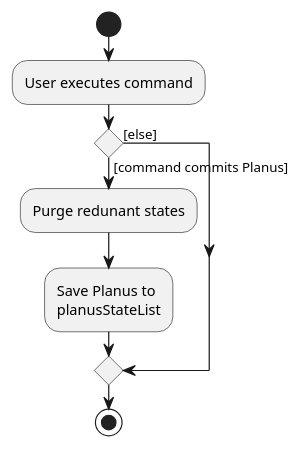
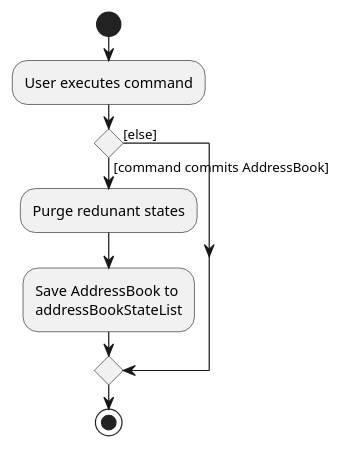
One commit to AY2021S1-CS2103-T12-3/tp changed the diagram in docs/diagrams/CommitActivityDiagram.puml. Above: the diagram before and after it, drawn with PlantUML. The commit also changed 36 other files, not shown here.

```diff
--- a/docs/diagrams/CommitActivityDiagram.puml
+++ b/docs/diagrams/CommitActivityDiagram.puml
@@ -1,15 +1,15 @@
 @startuml
 start
 :User executes command;
 
 'Since the beta syntax does not support placing the condition outside the
 'diamond we place it as the true branch instead.
 
-if () then ([command commits Planus])
+if () then ([command commits AddressBook])
     :Purge redunant states;
-    :Save Planus to
-    planusStateList;
+    :Save AddressBook to
+    addressBookStateList;
 else ([else])
 endif
 stop
 @enduml
```
